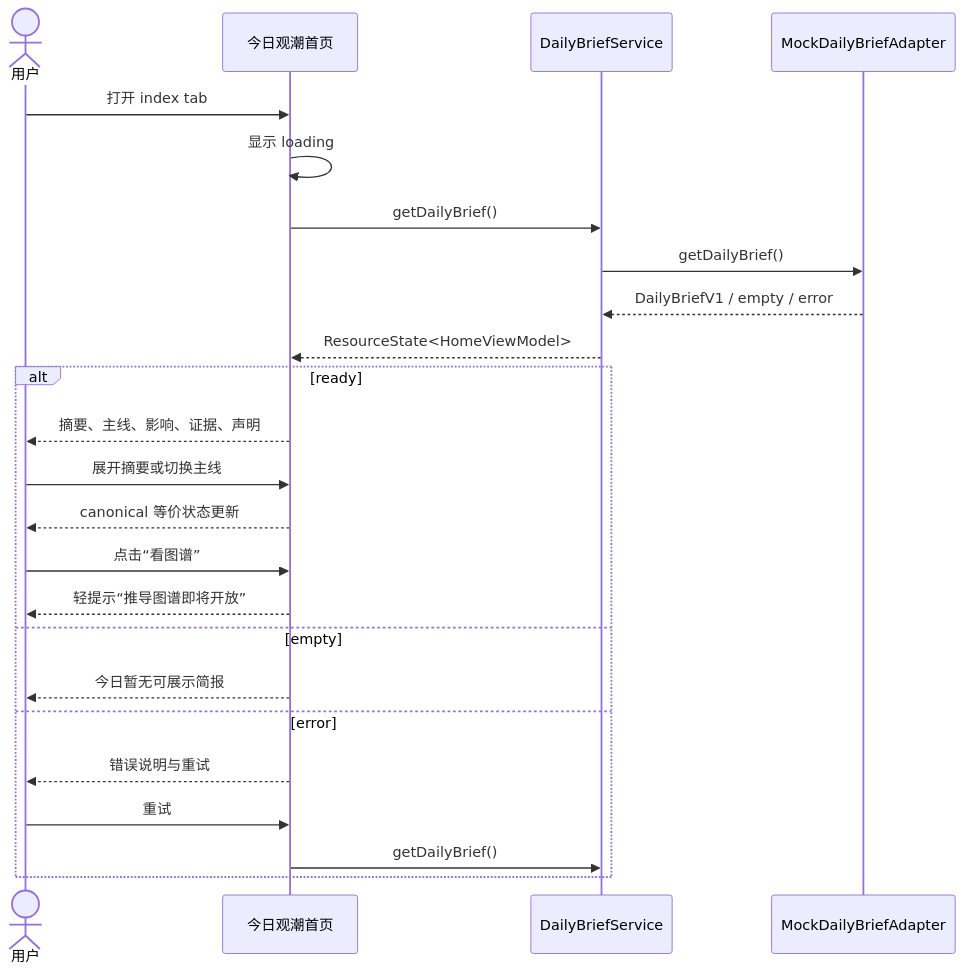
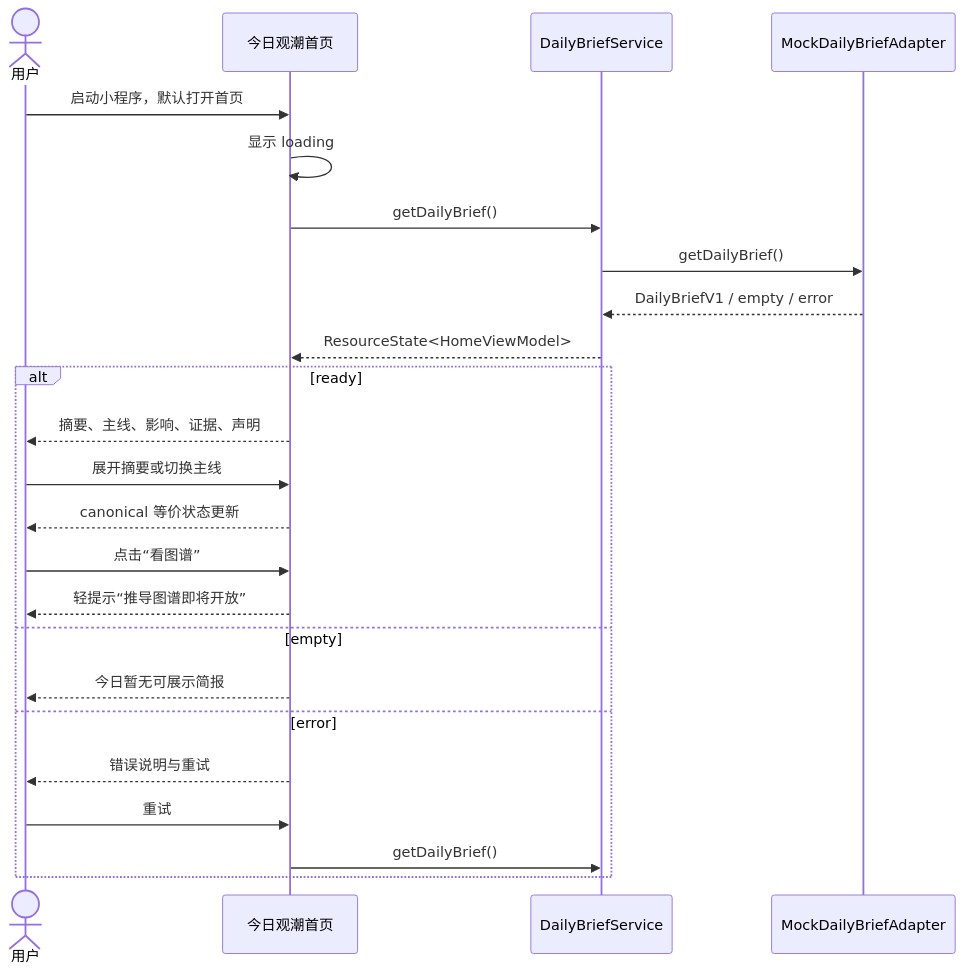
Before and after one commit to meierlink88/tidewise-ai: the second of 2 diagrams in openspec/changes/add-miniapp-daily-brief-home-shell/design.md, drawn with Mermaid. The commit also changed other lines of this file and 18 other files, not shown here.

````diff
--- a/openspec/changes/add-miniapp-daily-brief-home-shell/design.md
+++ b/openspec/changes/add-miniapp-daily-brief-home-shell/design.md
@@ -143,27 +143,27 @@
 ```mermaid
 sequenceDiagram
     actor U as 用户
     participant H as 今日观潮首页
     participant S as DailyBriefService
     participant A as MockDailyBriefAdapter
 
-    U->>H: 打开 index tab
+    U->>H: 启动小程序，默认打开首页
     H->>H: 显示 loading
     H->>S: getDailyBrief()
     S->>A: getDailyBrief()
     A-->>S: DailyBriefV1 / empty / error
     S-->>H: ResourceState<HomeViewModel>
     alt ready
         H-->>U: 摘要、主线、影响、证据、声明
         U->>H: 展开摘要或切换主线
         H-->>U: canonical 等价状态更新
         U->>H: 点击“看图谱”
         H-->>U: 轻提示“推导图谱即将开放”
     else empty
         H-->>U: 今日暂无可展示简报
     else error
         H-->>U: 错误说明与重试
         U->>H: 重试
         H->>S: getDailyBrief()
     end
 ```
````
